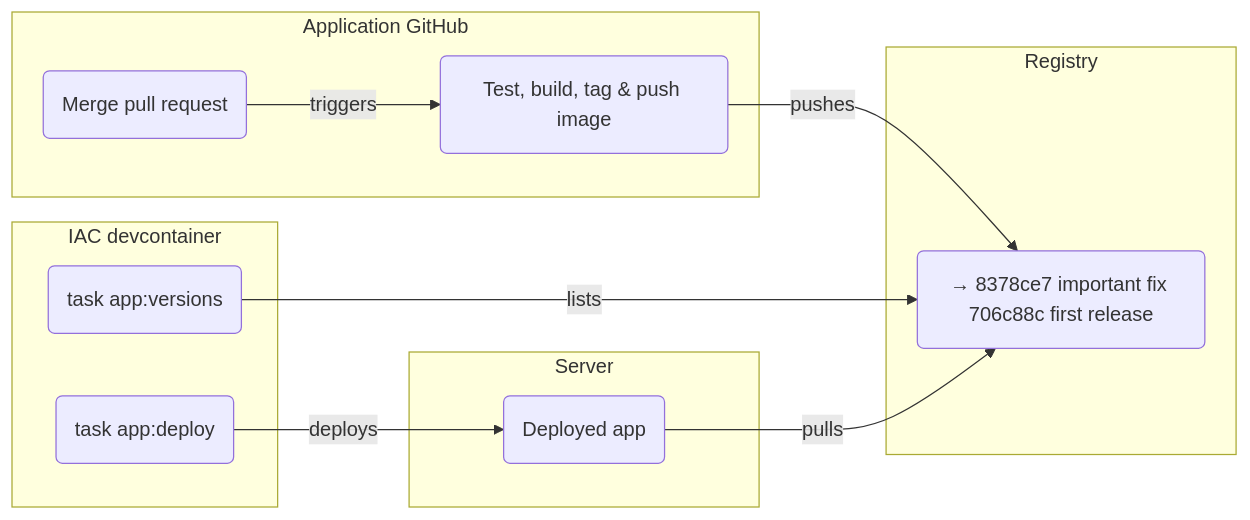
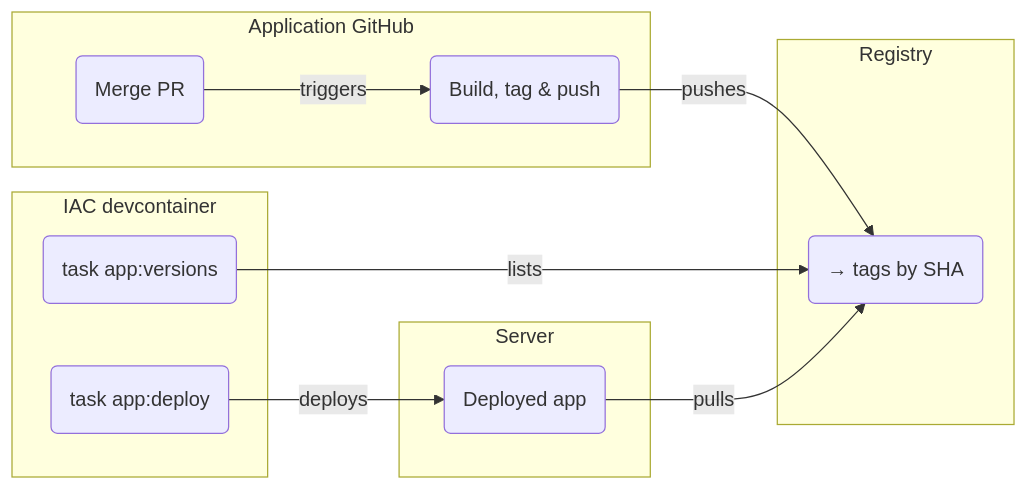
Before and after one commit to rednaw/iac: the diagram in docs/application-deployment.md, drawn with Mermaid. The commit also changed other lines of this file and 13 other files, not shown here.

````diff
--- a/docs/application-deployment.md
+++ b/docs/application-deployment.md
@@ -11,26 +7,22 @@
 ```mermaid
 flowchart LR
     subgraph LOCAL["IAC devcontainer"]
         B(task app:versions)
         C(task app:deploy)
     end
-
     subgraph GITHUB["Application GitHub"]
-        A(Merge pull request)
-        D(Test, build, tag & push image)
+        A(Merge PR)
+        D(Build, tag & push)
     end
-
     subgraph REGISTRY["Registry"]
-      E(→ 8378ce7 important fix 706c88c first release)
+      E(→ tags by SHA)
     end
-
     subgraph SERVER["Server"]
       F(Deployed app)
     end
-
     A -->|triggers| D
     B -->|lists| E
     C -->|deploys| F
     D -->|pushes| E
     F -->|pulls| E
 ```
````
